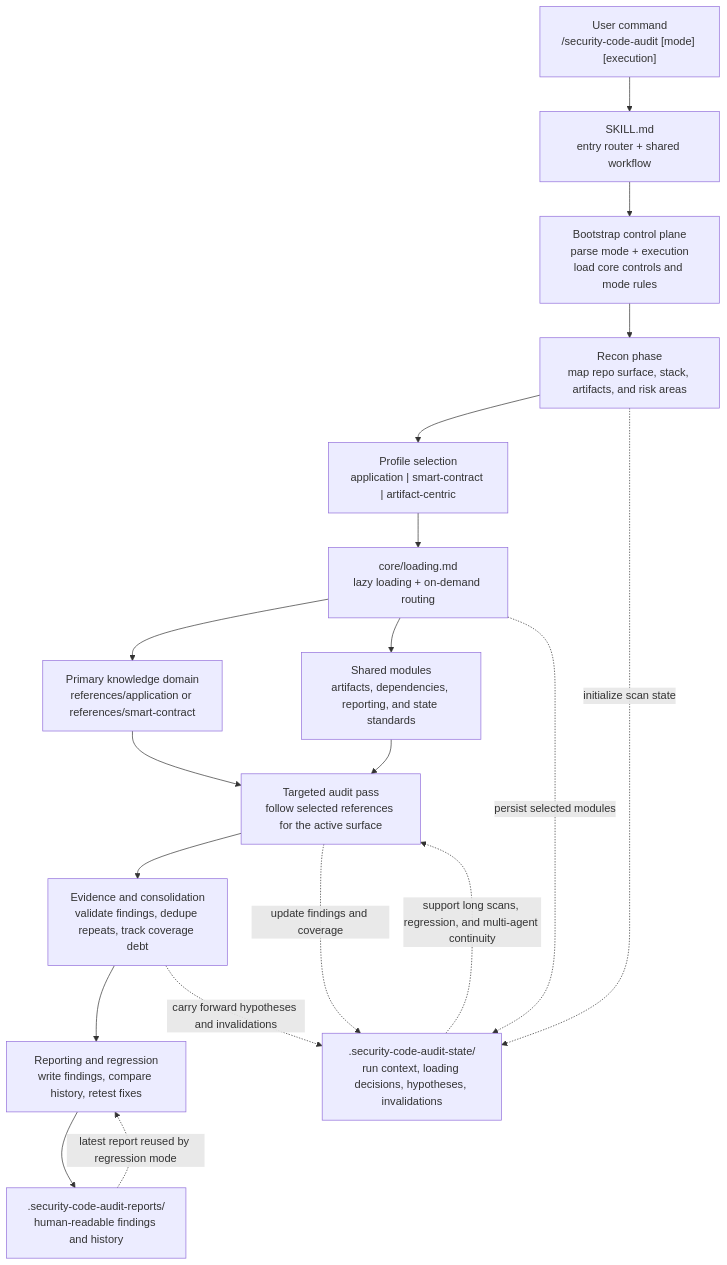
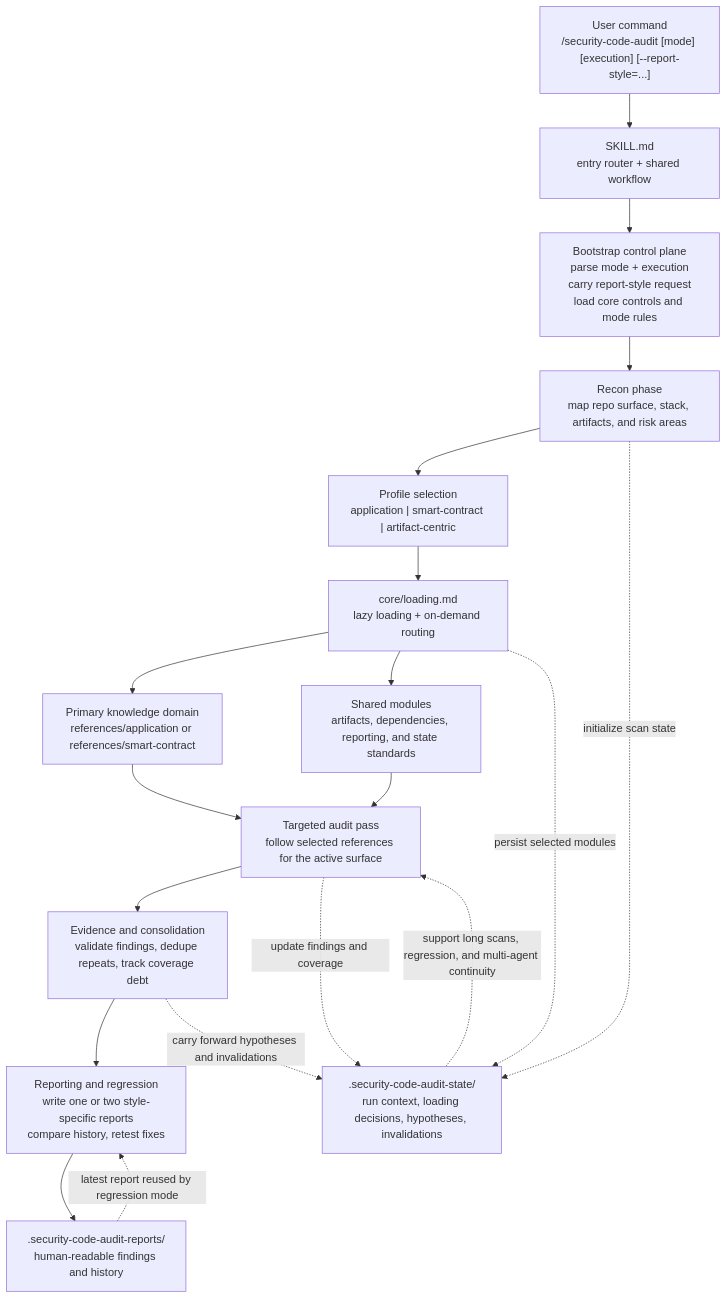
The diagram in README.md (sari3l/security-code-audit-skill), drawn with Mermaid before and after one commit. The commit also changed other lines of this file and 17 other files, not shown here.

````diff
--- a/README.md
+++ b/README.md
@@ -59,42 +75,42 @@
 ```mermaid
 flowchart TD
-    A["User command<br/>/security-code-audit [mode] [execution]"]
+    A["User command<br/>/security-code-audit [mode] [execution] [--report-style=...]"]
     B["SKILL.md<br/>entry router + shared workflow"]
 
-    C["Bootstrap control plane<br/>parse mode + execution<br/>load core controls and mode rules"]
+    C["Bootstrap control plane<br/>parse mode + execution<br/>carry report-style request<br/>load core controls and mode rules"]
     D["Recon phase<br/>map repo surface, stack, artifacts, and risk areas"]
     E["Profile selection<br/>application | smart-contract | artifact-centric"]
 
     F["core/loading.md<br/>lazy loading + on-demand routing"]
     G["Primary knowledge domain<br/>references/application or references/smart-contract"]
     H["Shared modules<br/>artifacts, dependencies, reporting, and state standards"]
 
     I["Targeted audit pass<br/>follow selected references for the active surface"]
     J["Evidence and consolidation<br/>validate findings, dedupe repeats, track coverage debt"]
-    K["Reporting and regression<br/>write findings, compare history, retest fixes"]
+    K["Reporting and regression<br/>write one or two style-specific reports<br/>compare history, retest fixes"]
 
     S[".security-code-audit-state/<br/>run context, loading decisions, hypotheses, invalidations"]
     R[".security-code-audit-reports/<br/>human-readable findings and history"]
 
     A --> B
     B --> C
     C --> D
     D --> E
     E --> F
 
     F --> G
     F --> H
 
     G --> I
     H --> I
     I --> J
     J --> K
     K --> R
 
     D -. initialize scan state .-> S
     F -. persist selected modules .-> S
     I -. update findings and coverage .-> S
     J -. carry forward hypotheses and invalidations .-> S
     S -. support long scans, regression, and multi-agent continuity .-> I
     R -. latest report reused by regression mode .-> K
 ```
````
